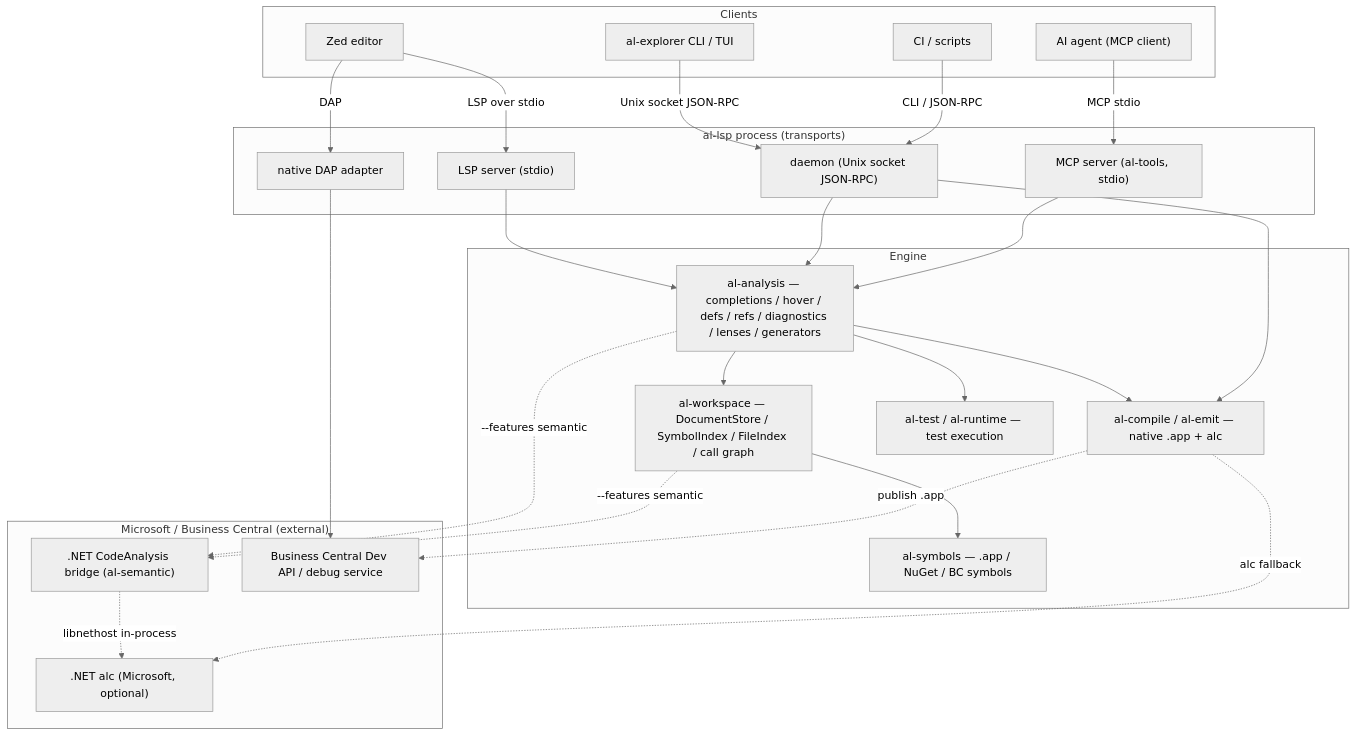
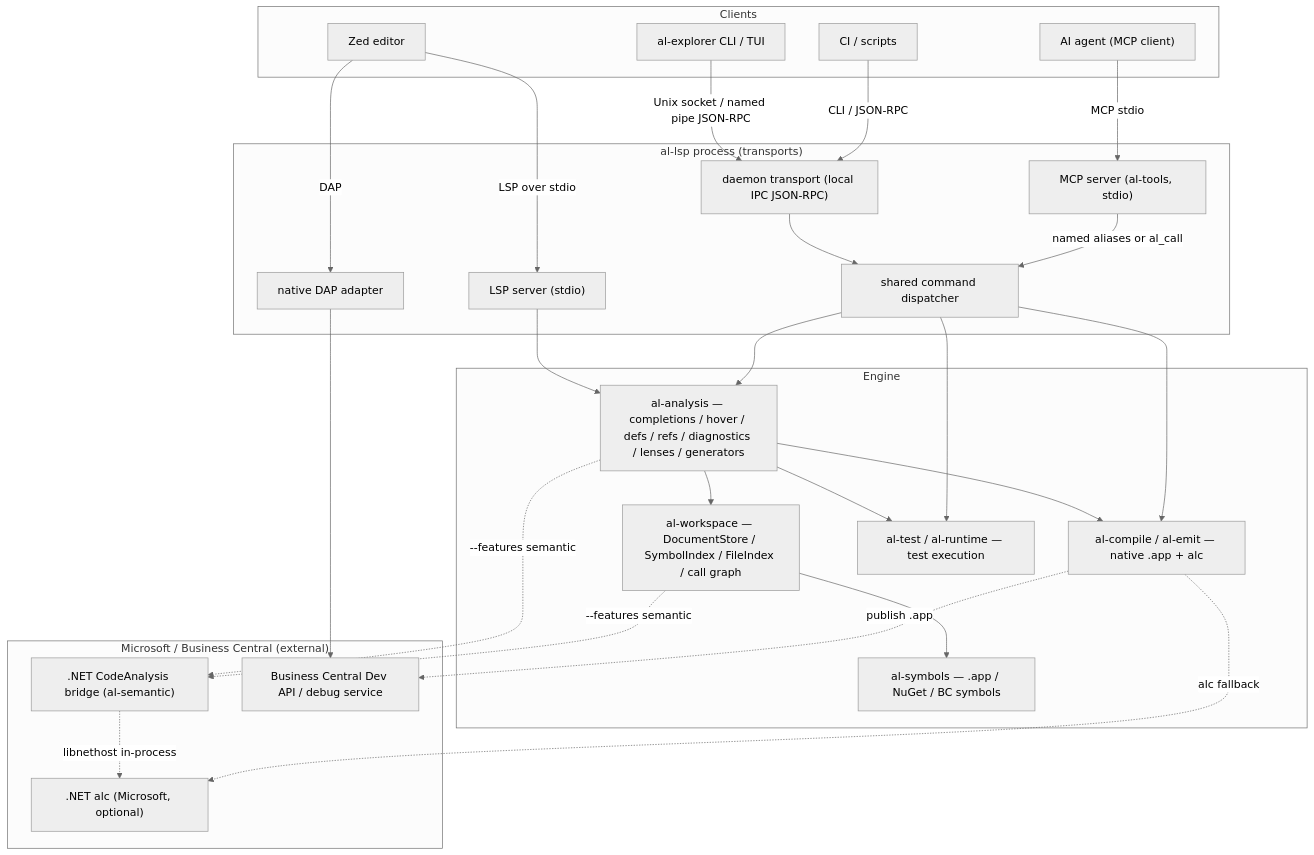
Before and after one commit to Brad-Fullwood/al.language.zed: the third of 3 diagrams in Docs/architecture.md, drawn with Mermaid (neutral theme). The commit also changed other lines of this file and 134 other files, not shown here.

````diff
--- a/Docs/architecture.md
+++ b/Docs/architecture.md
@@ -213,53 +212,56 @@
 ```mermaid
 flowchart TD
   subgraph Clients
     zed_editor["Zed editor"]
     cli["al-explorer CLI / TUI"]
     ci["CI / scripts"]
     agent["AI agent (MCP client)"]
   end
 
   subgraph Proc["al-lsp process (transports)"]
     lsp_srv["LSP server (stdio)"]
-    daemon["daemon (Unix socket JSON-RPC)"]
+    daemon["daemon transport (local IPC JSON-RPC)"]
     mcp["MCP server (al-tools, stdio)"]
+    dispatcher["shared command dispatcher"]
     dap["native DAP adapter"]
   end
 
   subgraph Engine
     analysis["al-analysis — completions / hover / defs / refs / diagnostics / lenses / generators"]
     ws["al-workspace — DocumentStore / SymbolIndex / FileIndex / call graph"]
     symbols["al-symbols — .app / NuGet / BC symbols"]
     build["al-compile / al-emit — native .app + alc"]
     test["al-test / al-runtime — test execution"]
   end
 
   subgraph Ext["Microsoft / Business Central (external)"]
     semantic[".NET CodeAnalysis bridge (al-semantic)"]
     alc[".NET alc (Microsoft, optional)"]
     bc["Business Central Dev API / debug service"]
   end
 
   zed_editor -->|LSP over stdio| lsp_srv
   zed_editor -->|DAP| dap
-  cli -->|Unix socket JSON-RPC| daemon
+  cli -->|Unix socket / named pipe JSON-RPC| daemon
   ci -->|CLI / JSON-RPC| daemon
   agent -->|MCP stdio| mcp
 
   lsp_srv --> analysis
-  daemon --> analysis
-  mcp --> analysis
+  daemon --> dispatcher
+  mcp -->|named aliases or al_call| dispatcher
+  dispatcher --> analysis
 
   analysis --> ws
   ws --> symbols
   analysis --> build
-  daemon --> build
+  dispatcher --> build
   analysis --> test
+  dispatcher --> test
 
   analysis -.->|--features semantic| semantic
   ws -.->|--features semantic| semantic
   semantic -.->|libnethost in-process| alc
   build -.->|alc fallback| alc
   build -.->|publish .app| bc
   dap --> bc
 ```
````
